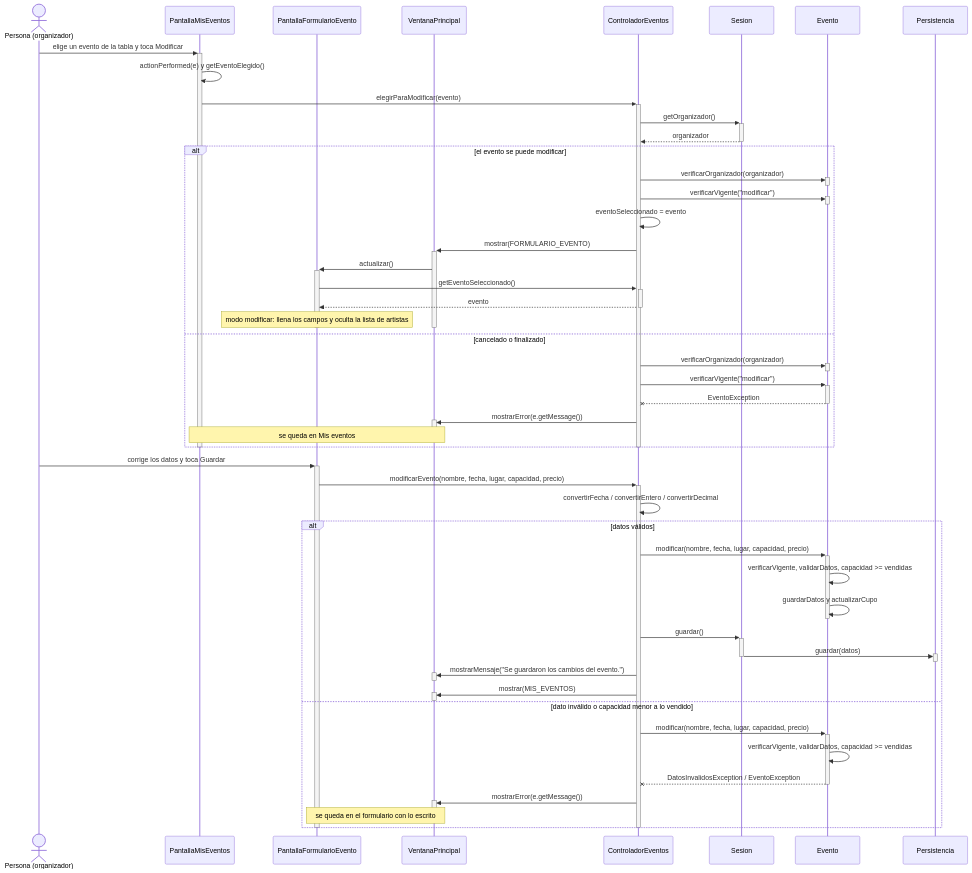
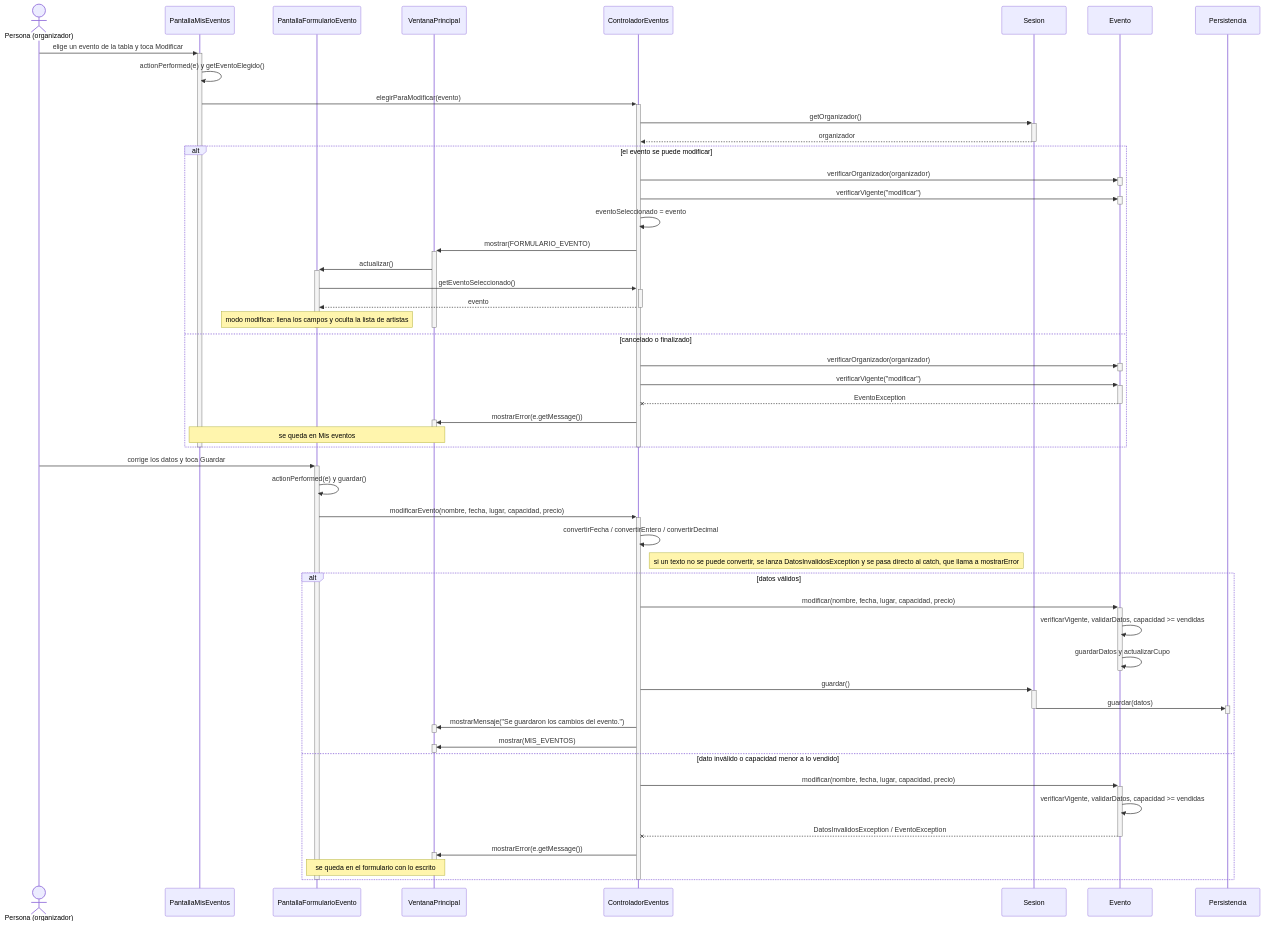
Before and after one commit to AgustinSimonenco/gestion-eventos-musicales: the diagram in docs/diseno/secuencias/CU04-modificar-evento.md, drawn with Mermaid. The commit also changed 11 other files, not shown here.

First line of the commit message:
Diagramas: cruce completo con el codigo y correcciones

````diff
--- a/docs/diseno/secuencias/CU04-modificar-evento.md
+++ b/docs/diseno/secuencias/CU04-modificar-evento.md
@@ -9,68 +9,70 @@
 ```mermaid
 sequenceDiagram
     actor O as Persona (organizador)
     participant PM as PantallaMisEventos
     participant PF as PantallaFormularioEvento
     participant V as VentanaPrincipal
     participant C as ControladorEventos
     participant S as Sesion
     participant E as Evento
     participant PE as Persistencia
 
     O->>+PM: elige un evento de la tabla y toca Modificar
     PM->>PM: actionPerformed(e) y getEventoElegido()
     PM->>+C: elegirParaModificar(evento)
     C->>+S: getOrganizador()
     S-->>-C: organizador
     alt el evento se puede modificar
         C->>+E: verificarOrganizador(organizador)
         deactivate E
         C->>+E: verificarVigente("modificar")
         deactivate E
         C->>C: eventoSeleccionado = evento
         C->>+V: mostrar(FORMULARIO_EVENTO)
         V->>+PF: actualizar()
         PF->>+C: getEventoSeleccionado()
         C-->>-PF: evento
         Note over PF: modo modificar: llena los campos y oculta la lista de artistas
         deactivate PF
         deactivate V
     else cancelado o finalizado
         C->>+E: verificarOrganizador(organizador)
         deactivate E
         C->>+E: verificarVigente("modificar")
         E--x-C: EventoException
         C->>+V: mostrarError(e.getMessage())
         deactivate V
         Note over PM,V: se queda en Mis eventos
     end
     deactivate C
     deactivate PM
 
     O->>+PF: corrige los datos y toca Guardar
+    PF->>PF: actionPerformed(e) y guardar()
     PF->>+C: modificarEvento(nombre, fecha, lugar, capacidad, precio)
     C->>C: convertirFecha / convertirEntero / convertirDecimal
+    Note right of C: si un texto no se puede convertir, se lanza DatosInvalidosException y se pasa directo al catch, que llama a mostrarError
     alt datos válidos
         C->>+E: modificar(nombre, fecha, lugar, capacidad, precio)
         E->>E: verificarVigente, validarDatos, capacidad >= vendidas
         E->>E: guardarDatos y actualizarCupo
         deactivate E
         C->>+S: guardar()
         S->>+PE: guardar(datos)
         deactivate PE
         deactivate S
         C->>+V: mostrarMensaje("Se guardaron los cambios del evento.")
         deactivate V
         C->>+V: mostrar(MIS_EVENTOS)
         deactivate V
     else dato inválido o capacidad menor a lo vendido
         C->>+E: modificar(nombre, fecha, lugar, capacidad, precio)
         E->>E: verificarVigente, validarDatos, capacidad >= vendidas
         E--x-C: DatosInvalidosException / EventoException
         C->>+V: mostrarError(e.getMessage())
         deactivate V
         Note over PF,V: se queda en el formulario con lo escrito
     end
     deactivate C
     deactivate PF
 ```
````
